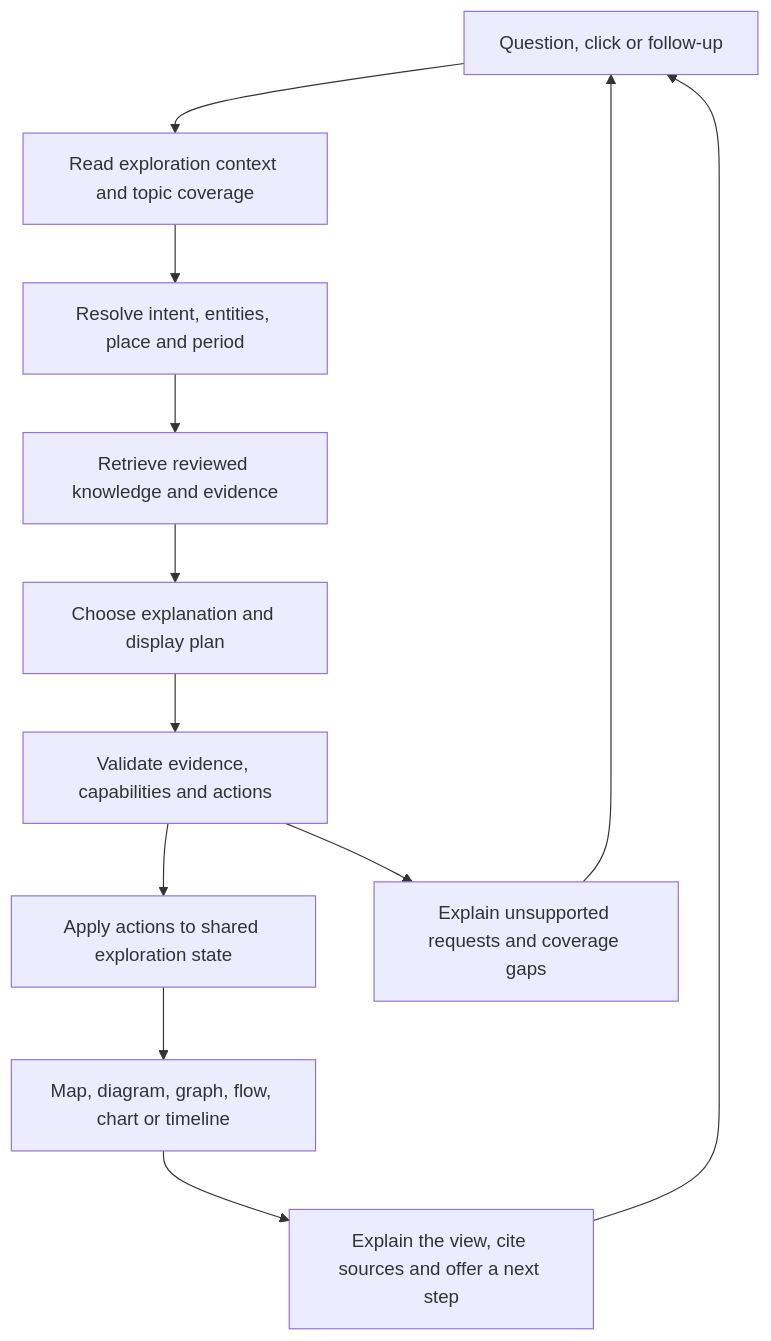
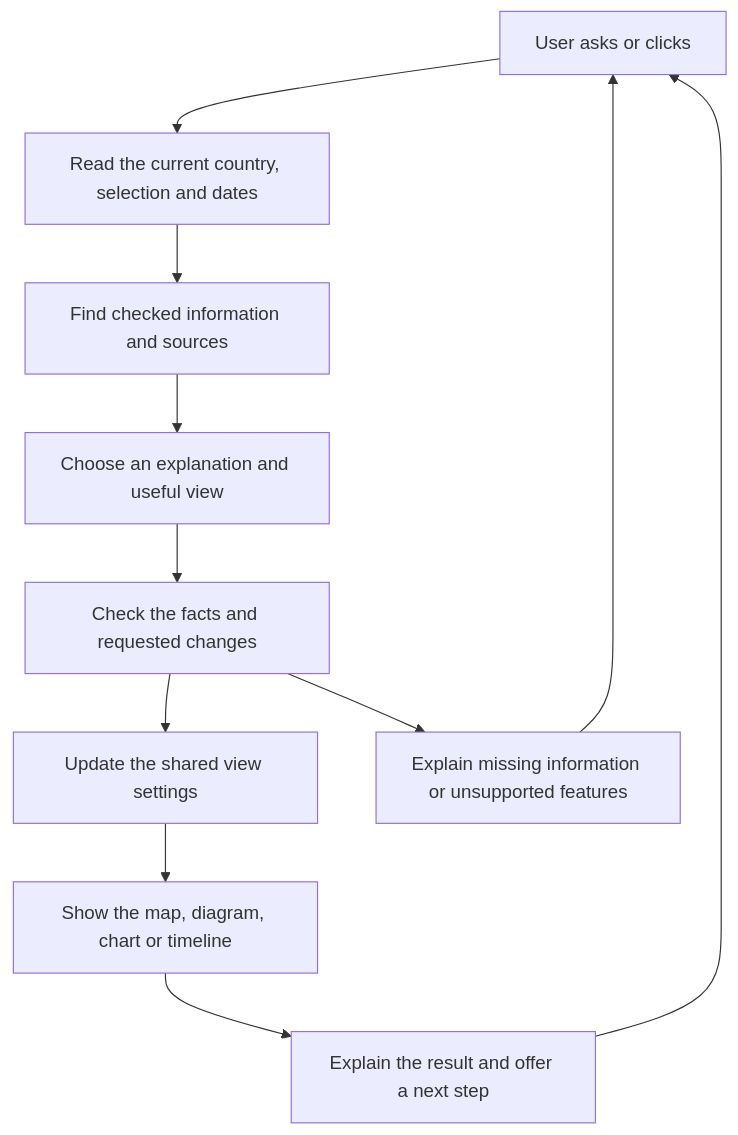
One commit to KitsoMogale/CivicIntelligence_Web changed the diagram in docs/country-learning/ai-orchestration.md. Above: the diagram before and after it, drawn with Mermaid. The commit also changed other lines of this file and 15 other files, not shown here.

````diff
--- a/docs/country-learning/ai-orchestration.md
+++ b/docs/country-learning/ai-orchestration.md
@@ -11,14 +14,13 @@
 ```mermaid
 flowchart TD
-  U[Question, click or follow-up] --> C[Read exploration context and topic coverage]
-  C --> I[Resolve intent, entities, place and period]
-  I --> R[Retrieve reviewed knowledge and evidence]
-  R --> P[Choose explanation and display plan]
-  P --> V[Validate evidence, capabilities and actions]
-  V --> S[Apply actions to shared exploration state]
-  S --> D[Map, diagram, graph, flow, chart or timeline]
-  D --> E[Explain the view, cite sources and offer a next step]
+  U[User asks or clicks] --> C[Read the current country, selection and dates]
+  C --> R[Find checked information and sources]
+  R --> P[Choose an explanation and useful view]
+  P --> V[Check the facts and requested changes]
+  V --> S[Update the shared view settings]
+  S --> D[Show the map, diagram, chart or timeline]
+  D --> E[Explain the result and offer a next step]
   E --> U
-  V --> G[Explain unsupported requests and coverage gaps]
+  V --> G[Explain missing information or unsupported features]
   G --> U
 ```
````
